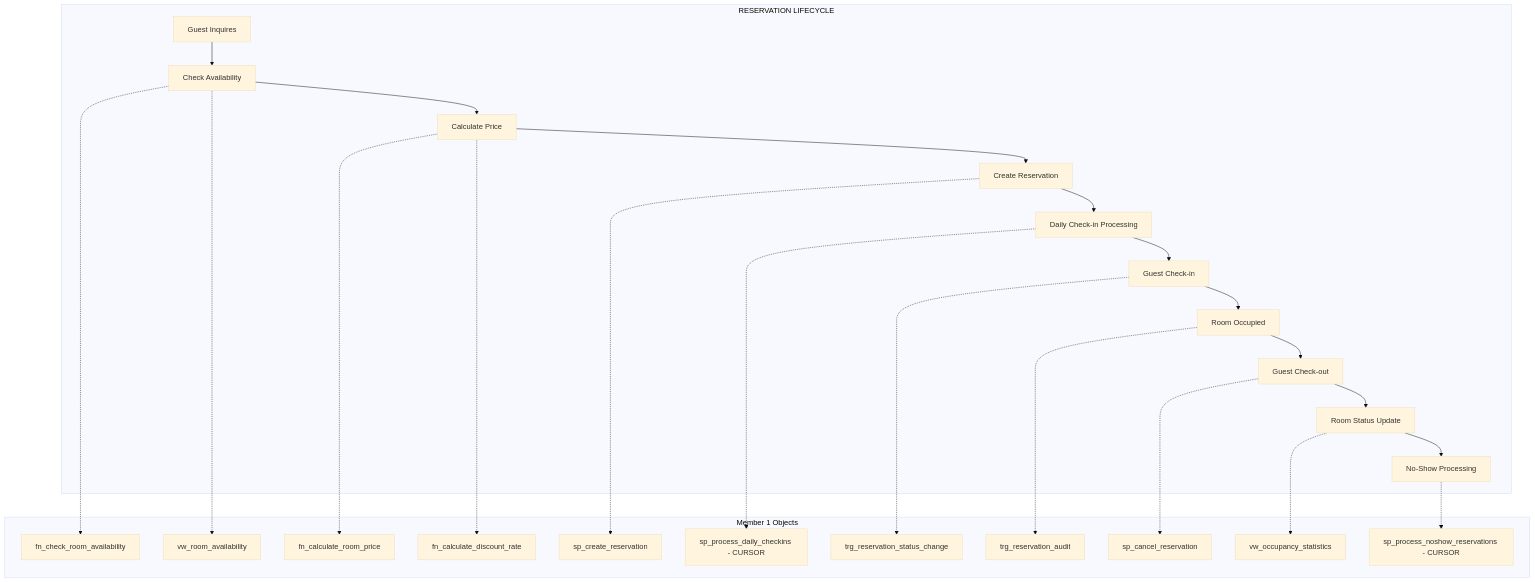
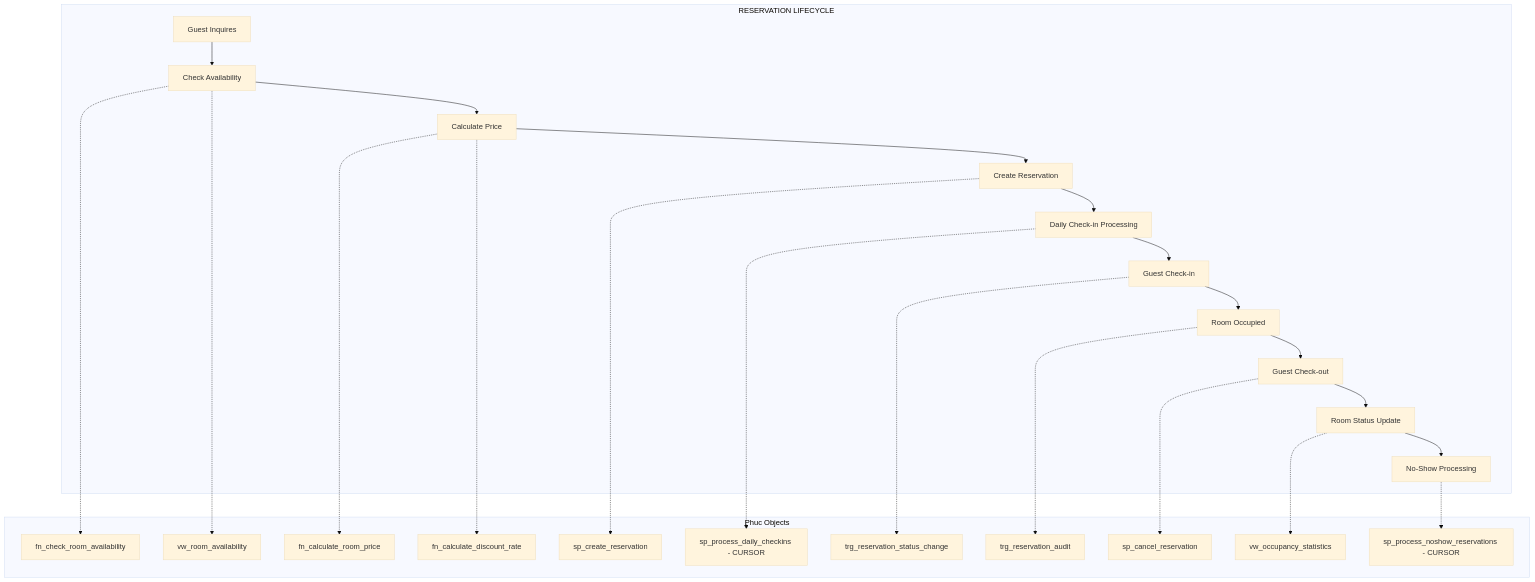
The first of 4 diagrams in MEMBER_BUSINESS_PROCESS_VERIFICATION.md (LoudlyDawn2108/FantasticHotel), drawn with Mermaid (base theme) before and after one commit. The commit also changed other lines of this file and 23 other files, not shown here.

````diff
--- a/MEMBER_BUSINESS_PROCESS_VERIFICATION.md
+++ b/MEMBER_BUSINESS_PROCESS_VERIFICATION.md
@@ -10,28 +10,28 @@
 ```mermaid
 flowchart TB
     subgraph "RESERVATION LIFECYCLE"
         A[Guest Inquires] --> B[Check Availability]
         B --> C[Calculate Price]
         C --> D[Create Reservation]
         D --> E[Daily Check-in Processing]
         E --> F[Guest Check-in]
         F --> G[Room Occupied]
         G --> H[Guest Check-out]
         H --> I[Room Status Update]
         I --> J[No-Show Processing]
     end
     
-    subgraph "Member 1 Objects"
+    subgraph "Phuc Objects"
         B -.-> FN1[fn_check_room_availability]
         B -.-> VW1[vw_room_availability]
         C -.-> FN2[fn_calculate_room_price]
         C -.-> FN3[fn_calculate_discount_rate]
         D -.-> SP1[sp_create_reservation]
         E -.-> CUR1[sp_process_daily_checkins - CURSOR]
         F -.-> TR1[trg_reservation_status_change]
         G -.-> TR2[trg_reservation_audit]
         H -.-> SP2[sp_cancel_reservation]
         I -.-> VW2[vw_occupancy_statistics]
         J -.-> CUR2[sp_process_noshow_reservations - CURSOR]
     end
 ```
````
